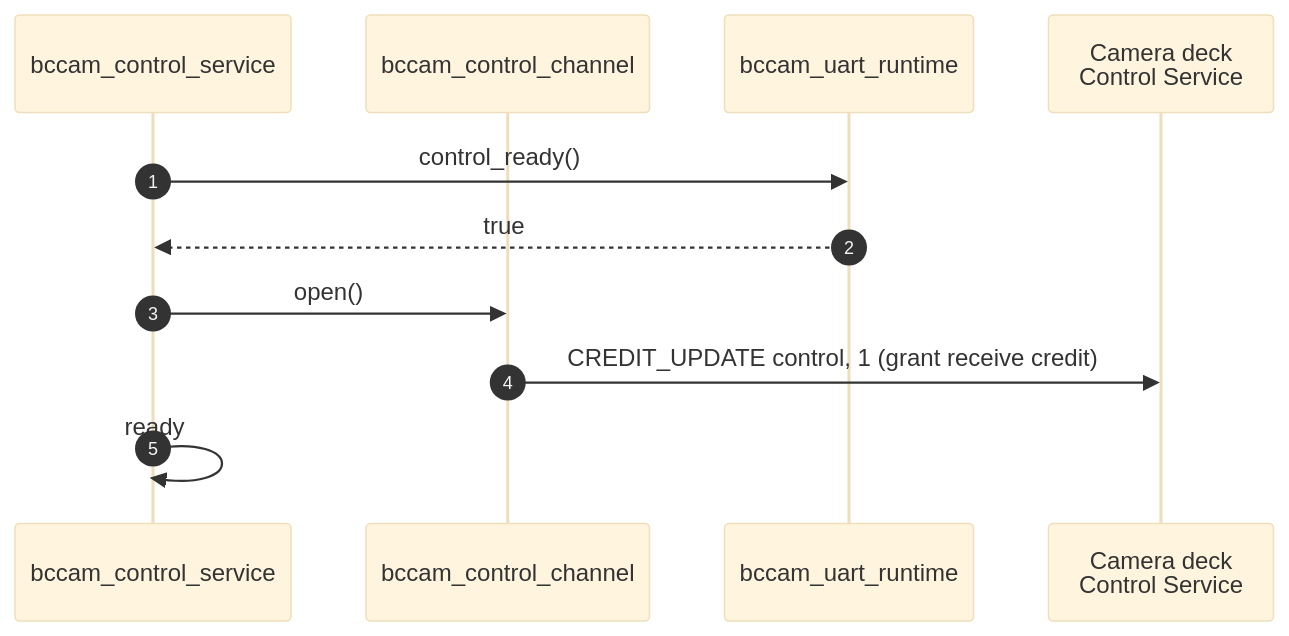
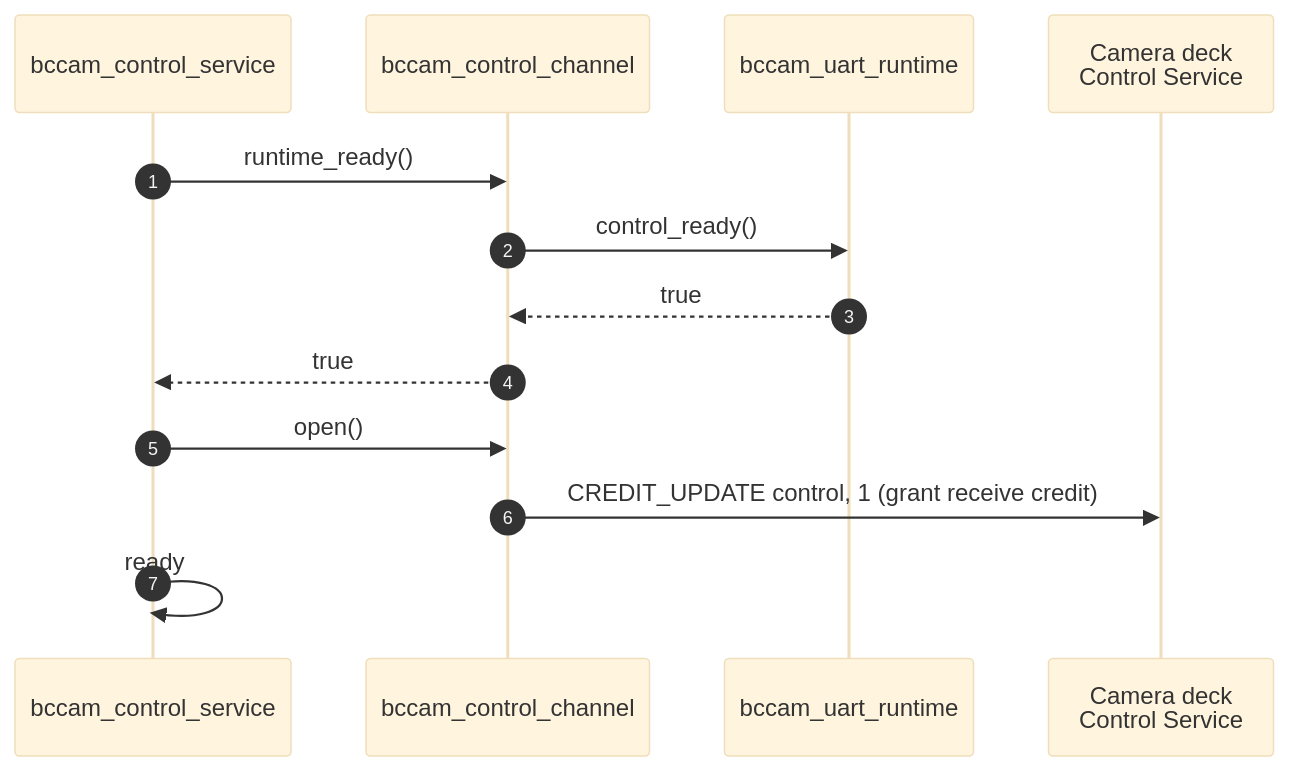
One commit to bitcraze/crazyflie-firmware changed the seventh of 10 diagrams in docs/functional-areas/camera-deck-control.md. Above: the diagram before and after it, drawn with Mermaid (base theme). The commit also changed other lines of this file, not shown here.

Commit message:
docs: Channel holds runtime reference, and implements ready function

````diff
--- a/docs/functional-areas/camera-deck-control.md
+++ b/docs/functional-areas/camera-deck-control.md
@@ -541,14 +549,16 @@
 ```mermaid
 sequenceDiagram
     autonumber
     participant CS as bccam_control_service
     participant Ch as bccam_control_channel
     participant R as bccam_uart_runtime
     participant D as Camera deck<br/>Control Service
 
-    CS->>R: control_ready()
-    R-->>CS: true
+    CS->>Ch: runtime_ready()
+    Ch->>R: control_ready()
+    R-->>Ch: true
+    Ch-->>CS: true
     CS->>Ch: open()
     Ch->>D: CREDIT_UPDATE control, 1 (grant receive credit)
     CS->>CS: ready
 ```
````
